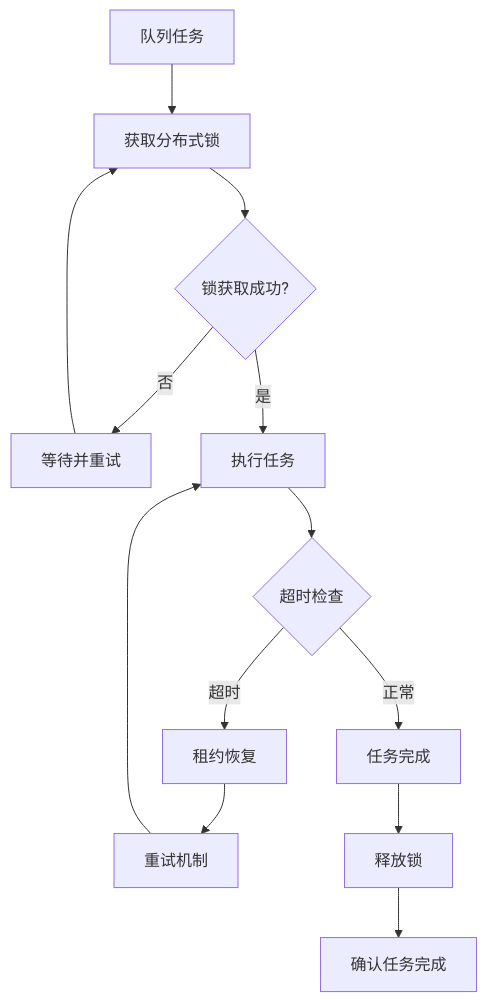
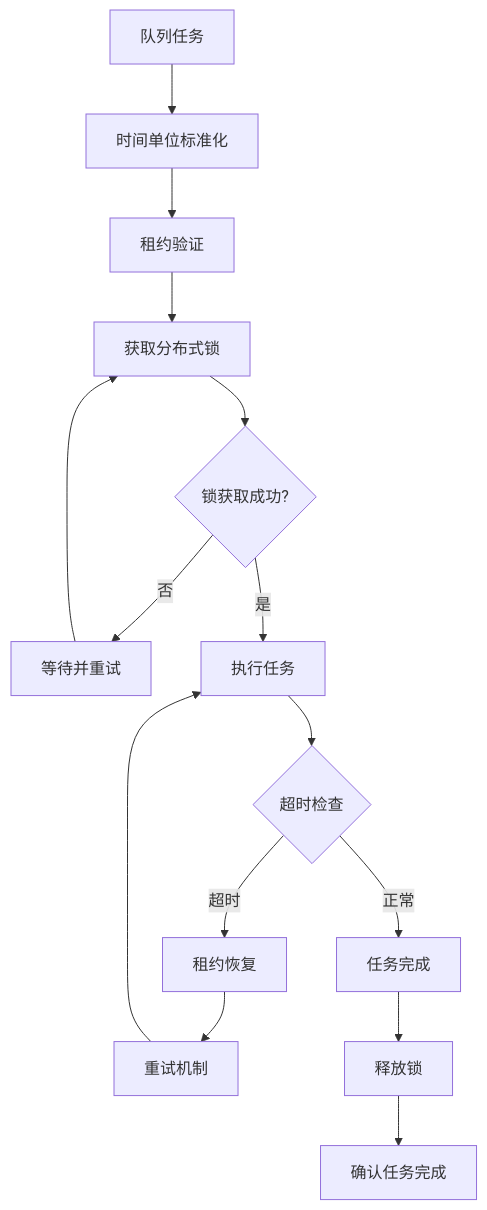
One commit to scottcwy/PurpleInk changed diagram 15 of 16 in .qoder/repowiki/zh/content/项目概述/计费配置/计费和会计账簿系统.md. Above: the diagram before and after it, drawn with Mermaid. The commit also changed other lines of this file and 37 other files, not shown here.

````diff
--- a/.qoder/repowiki/zh/content/项目概述/计费配置/计费和会计账簿系统.md
+++ b/.qoder/repowiki/zh/content/项目概述/计费配置/计费和会计账簿系统.md
@@ -572,15 +680,17 @@
 ```mermaid
 flowchart TD
-Task["队列任务"] --> Lock["获取分布式锁"]
+Task["队列任务"] --> TimeNormalize["时间单位标准化"]
+TimeNormalize --> LeaseCheck["租约验证"]
+LeaseCheck --> Lock["获取分布式锁"]
 Lock --> Check{"锁获取成功?"}
 Check --> |否| Wait["等待并重试"]
 Wait --> Lock
 Check --> |是| Execute["执行任务"]
 Execute --> Timeout{"超时检查"}
 Timeout --> |超时| LeaseRecovery["租约恢复"]
 LeaseRecovery --> Retry["重试机制"]
 Retry --> Execute
 Timeout --> |正常| Complete["任务完成"]
 Complete --> Unlock["释放锁"]
 Unlock --> Ack["确认任务完成"]
 ```
````
